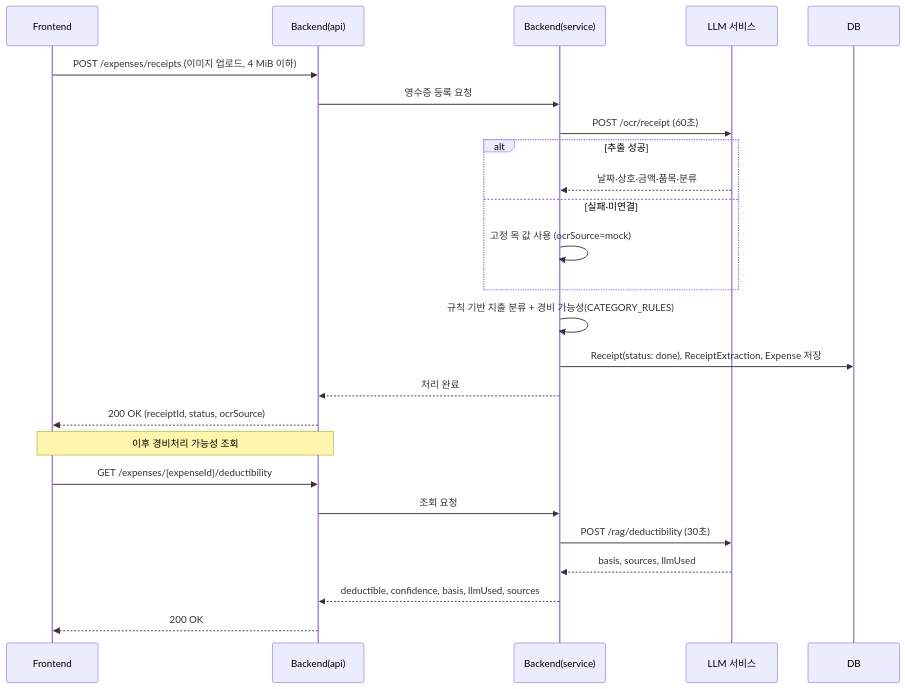
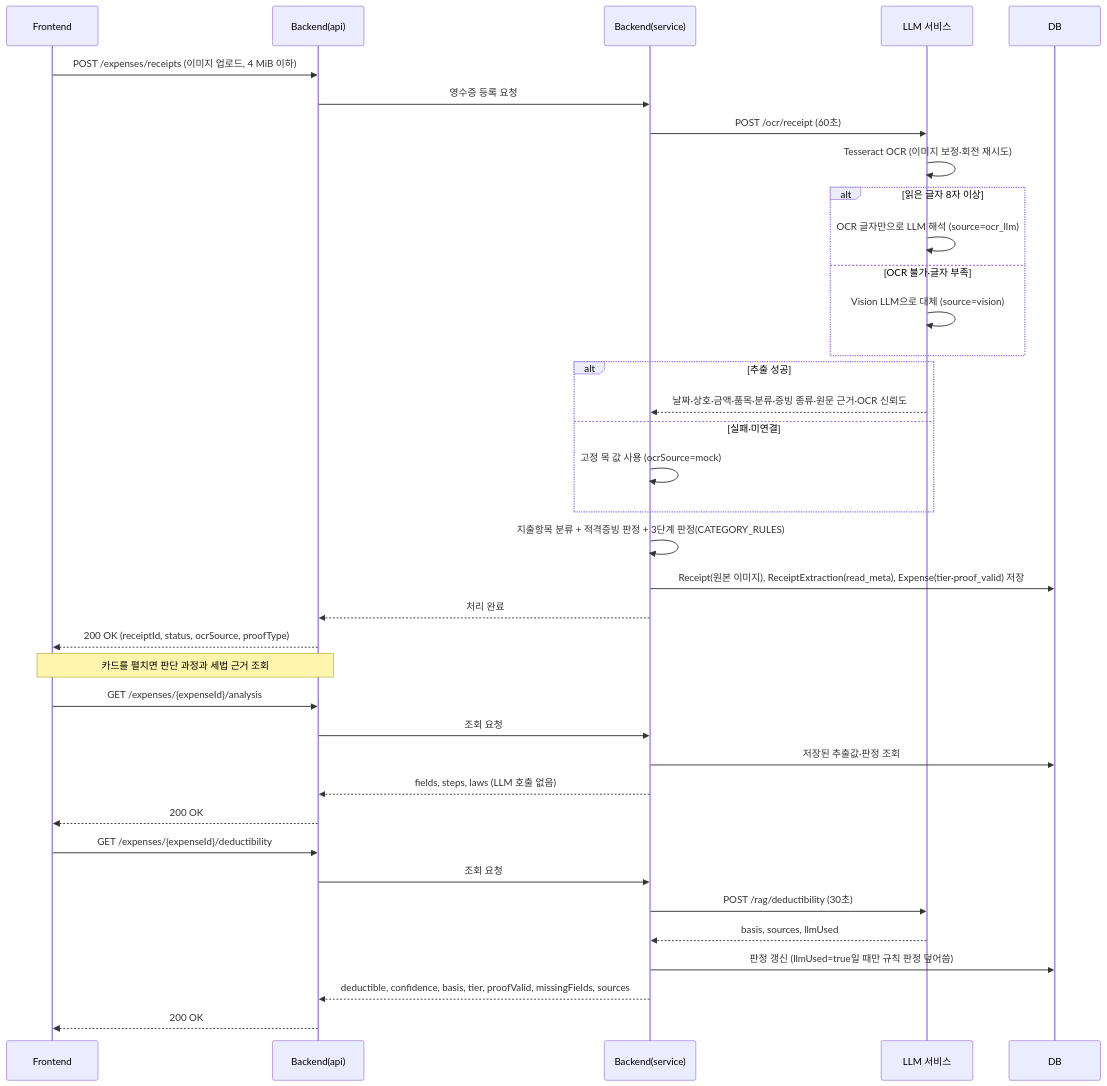
Before and after one commit to SKNETWORKS-FAMILY-AICAMP/SKN34-4th-3Team: the third of 5 diagrams in Docs/Design/SEQUENCE.md, drawn with Mermaid. The commit also changed other lines of this file and 8 other files, not shown here.

````diff
--- a/Docs/Design/SEQUENCE.md
+++ b/Docs/Design/SEQUENCE.md
@@ -85,29 +85,41 @@
 ```mermaid
 sequenceDiagram
     participant FE as Frontend
     participant API as Backend(api)
     participant SVC as Backend(service)
     participant LLM as LLM 서비스
     participant DB as DB
 
     FE->>API: POST /expenses/receipts (이미지 업로드, 4 MiB 이하)
     API->>SVC: 영수증 등록 요청
     SVC->>LLM: POST /ocr/receipt (60초)
+    LLM->>LLM: Tesseract OCR (이미지 보정·회전 재시도)
+    alt 읽은 글자 8자 이상
+        LLM->>LLM: OCR 글자만으로 LLM 해석 (source=ocr_llm)
+    else OCR 불가·글자 부족
+        LLM->>LLM: Vision LLM으로 대체 (source=vision)
+    end
     alt 추출 성공
-        LLM-->>SVC: 날짜·상호·금액·품목·분류
+        LLM-->>SVC: 날짜·상호·금액·품목·분류·증빙 종류·원문 근거·OCR 신뢰도
     else 실패·미연결
         SVC->>SVC: 고정 목 값 사용 (ocrSource=mock)
     end
-    SVC->>SVC: 규칙 기반 지출 분류 + 경비 가능성(CATEGORY_RULES)
-    SVC->>DB: Receipt(status: done), ReceiptExtraction, Expense 저장
+    SVC->>SVC: 지출항목 분류 + 적격증빙 판정 + 3단계 판정(CATEGORY_RULES)
+    SVC->>DB: Receipt(원본 이미지), ReceiptExtraction(read_meta), Expense(tier·proof_valid) 저장
     SVC-->>API: 처리 완료
-    API-->>FE: 200 OK (receiptId, status, ocrSource)
+    API-->>FE: 200 OK (receiptId, status, ocrSource, proofType)
 
-    Note over FE,API: 이후 경비처리 가능성 조회
+    Note over FE,API: 카드를 펼치면 판단 과정과 세법 근거 조회
+    FE->>API: GET /expenses/{expenseId}/analysis
+    API->>SVC: 조회 요청
+    SVC->>DB: 저장된 추출값·판정 조회
+    SVC-->>API: fields, steps, laws (LLM 호출 없음)
+    API-->>FE: 200 OK
     FE->>API: GET /expenses/{expenseId}/deductibility
     API->>SVC: 조회 요청
     SVC->>LLM: POST /rag/deductibility (30초)
     LLM-->>SVC: basis, sources, llmUsed
-    SVC-->>API: deductible, confidence, basis, llmUsed, sources
+    SVC->>DB: 판정 갱신 (llmUsed=true일 때만 규칙 판정 덮어씀)
+    SVC-->>API: deductible, confidence, basis, tier, proofValid, missingFields, sources
     API-->>FE: 200 OK
 ```
````
